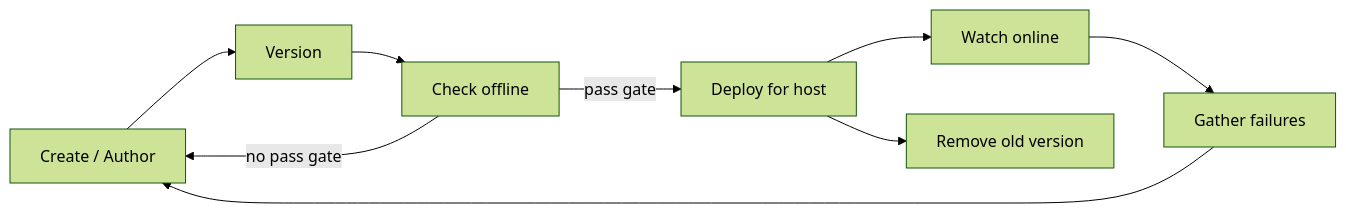
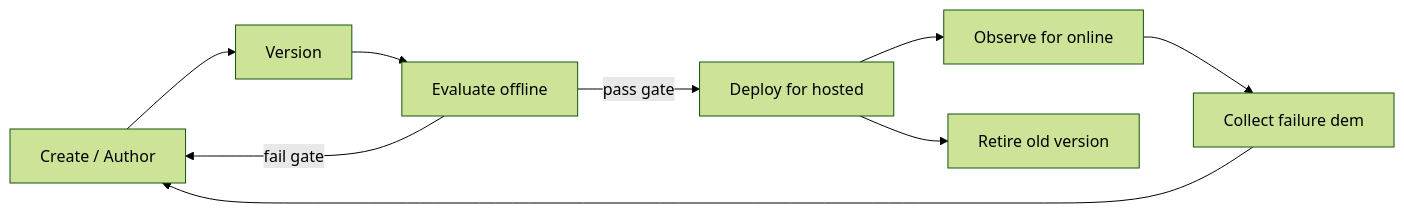
One commit to gabrielmoreira/agent-skills-mirror changed the second of 4 diagrams in mirrors/repos/microsoft@ai-agents-for-beginners/translations/pcm/16-deploying-scalable-agents/README.md. Above: the diagram before and after it, drawn with Mermaid (forest theme). The commit also changed other lines of this file and 3581 other files, not shown here.

````diff
--- a/mirrors/repos/microsoft@ai-agents-for-beginners/translations/pcm/16-deploying-scalable-agents/README.md
+++ b/mirrors/repos/microsoft@ai-agents-for-beginners/translations/pcm/16-deploying-scalable-agents/README.md
@@ -108,11 +108,11 @@
 ```mermaid
 flowchart LR
     Create[Create / Author] --> Version[Version]
-    Version --> Evaluate[Check offline]
-    Evaluate -->|pass gate| Deploy[Deploy for host]
-    Evaluate -->|no pass gate| Create
-    Deploy --> Observe[Watch online]
-    Observe --> Improve[Gather failures]
+    Version --> Evaluate[Evaluate offline]
+    Evaluate -->|pass gate| Deploy[Deploy for hosted]
+    Evaluate -->|fail gate| Create
+    Deploy --> Observe[Observe for online]
+    Observe --> Improve[Collect failure dem]
     Improve --> Create
-    Deploy --> Retire[Remove old version]
+    Deploy --> Retire[Retire old version]
 ```
````
